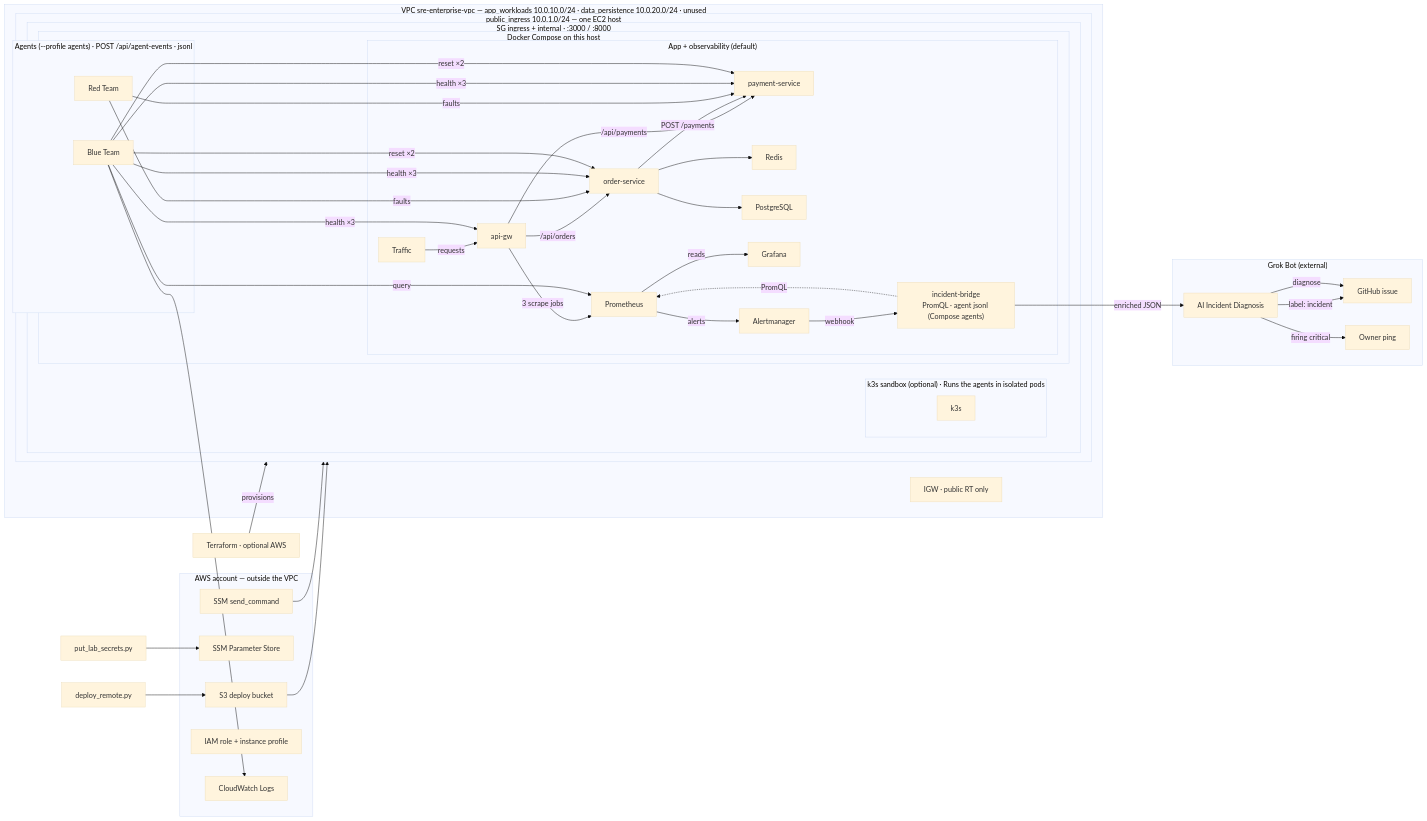
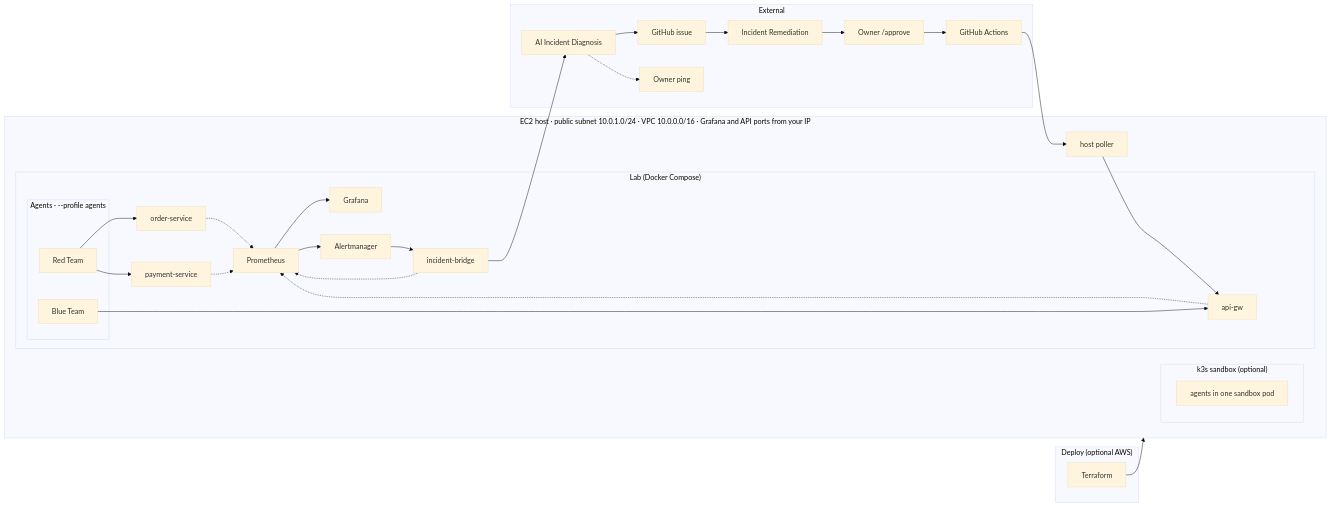
Before and after one commit to ritvikindupuri/ResilienceOps: the diagram in docs/architecture.mmd, drawn with Mermaid. The commit also changed 40 other files, not shown here.

First line of the commit message:
Add approval-gated Incident Remediation bot (#13)

```diff
--- a/docs/architecture.mmd
+++ b/docs/architecture.mmd
@@ -1,75 +1,52 @@
 %%{init: { "theme": "base", "flowchart": { "curve": "basis" } }}%%
 flowchart LR
-  TF["Terraform · optional AWS"]
-  DEPLOY["deploy_remote.py"]
-  SECRETS["put_lab_secrets.py"]
-  subgraph aws ["AWS account — outside the VPC"]
-    S3["S3 deploy bucket"]
-    PARAM["SSM Parameter Store"]
-    SSM["SSM send_command"]
-    IAM["IAM role + instance profile"]
-    CW["CloudWatch Logs"]
+  TF["Terraform"]
+  subgraph aws ["Deploy (optional AWS)"]
+    TF
   end
-  subgraph vpc ["VPC sre-enterprise-vpc — app_workloads 10.0.10.0/24 · data_persistence 10.0.20.0/24 · unused"]
-    IGW["IGW · public RT only"]
-    subgraph pub ["public_ingress 10.0.1.0/24 — one EC2 host"]
-      subgraph sg ["SG ingress + internal · :3000 / :8000"]
-        subgraph k3sopt ["k3s sandbox (optional) · Runs the agents in isolated pods"]
-          K3S[k3s]
-        end
-        subgraph compose ["Docker Compose on this host"]
-          subgraph agents ["Agents (--profile agents) · POST /api/agent-events · jsonl"]
-            RED[Red Team]
-            BLUE[Blue Team]
-          end
-          subgraph app ["App + observability (default)"]
-          TG[Traffic]
-          GW[api-gw]
-          OS[order-service]
-          PS[payment-service]
-          RD[Redis]
-          PG[PostgreSQL]
-          PROM[Prometheus]
-          GRAF[Grafana]
-          AM[Alertmanager]
-          BR["incident-bridge\nPromQL · agent jsonl (Compose agents)"]
-          TG -->|"requests"| GW
-          GW -->|"/api/orders"| OS
-          GW -->|"/api/payments"| PS
-          OS -->|"POST /payments"| PS
-          OS --> RD
-          OS --> PG
-          GW -->|"3 scrape jobs"| PROM
-          PROM -->|"reads"| GRAF
-          PROM -->|"alerts"| AM
-          AM -->|"webhook"| BR
-          BR -.->|"PromQL"| PROM
-          end
-        end
+  subgraph host ["EC2 host · public subnet 10.0.1.0/24 · VPC 10.0.0.0/16 · Grafana and API ports from your IP"]
+    subgraph compose ["Lab (Docker Compose)"]
+      subgraph agents ["Agents · --profile agents"]
+        RED[Red Team]
+        BLUE[Blue Team]
       end
+      GW[api-gw]
+      OS[order-service]
+      PS[payment-service]
+      PROM[Prometheus]
+      GRAF[Grafana]
+      AM[Alertmanager]
+      BR["incident-bridge"]
+      GW -.-> PROM
+      OS -.-> PROM
+      PS -.-> PROM
+      PROM --> GRAF
+      PROM --> AM
+      AM --> BR
+      BR -.-> PROM
     end
+    subgraph k3sopt ["k3s sandbox (optional)"]
+      K3S["agents in one sandbox pod"]
+    end
+    POLL["host poller"]
   end
-
-  subgraph grok ["Grok Bot (external)"]
+  subgraph ext ["External"]
     BOT["AI Incident Diagnosis"]
-    GH[GitHub issue]
-    PING[Owner ping]
-    BOT -->|"label: incident"| GH
-    BOT -->|"firing critical"| PING
+    GH["GitHub issue"]
+    PING["Owner ping"]
+    REM["Incident Remediation"]
+    OWN["Owner /approve"]
+    ACT["GitHub Actions"]
+    BOT --> GH
+    BOT -.-> PING
+    GH --> REM
+    REM --> OWN
+    OWN --> ACT
   end
-
-  TF -->|provisions| pub
-  DEPLOY --> S3 --> pub
-  SSM --> pub
-  SECRETS --> PARAM
-  RED -->|"faults"| OS
-  RED -->|"faults"| PS
-  BLUE -->|"health ×3"| GW
-  BLUE -->|"health ×3"| OS
-  BLUE -->|"health ×3"| PS
-  BLUE -->|"reset ×2"| OS
-  BLUE -->|"reset ×2"| PS
-  BLUE -->|"query"| PROM
-  BLUE --> CW
-  BR -->|"enriched JSON"| BOT
-  BOT -->|"diagnose"| GH
+  TF --> host
+  RED --> OS
+  RED --> PS
+  BLUE --> GW
+  BR --> BOT
+  ACT --> POLL
+  POLL --> GW
```
